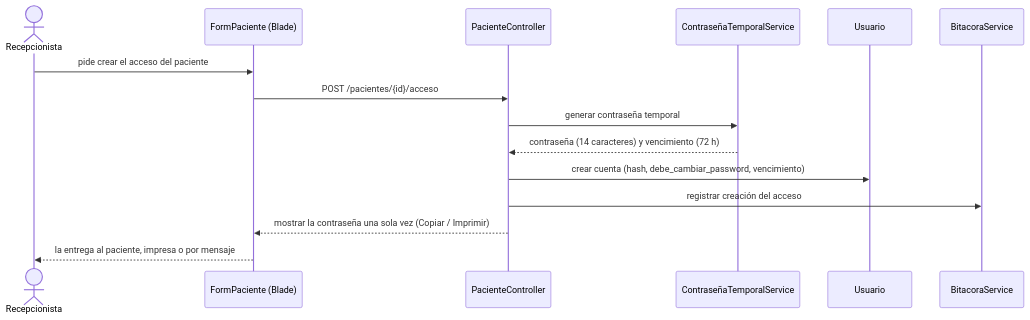
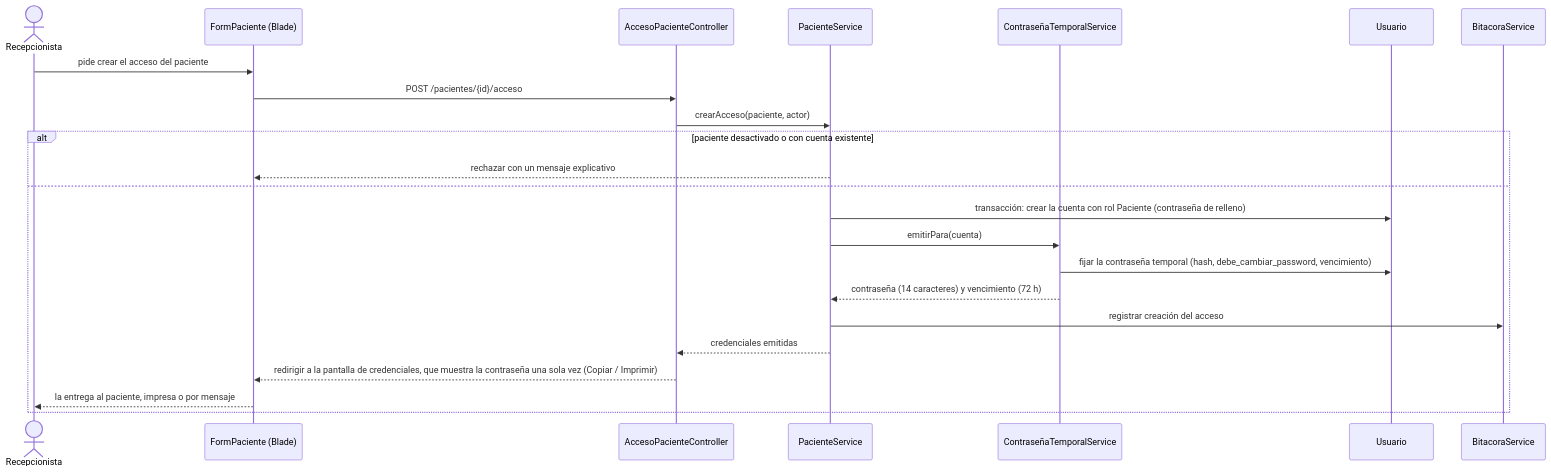
Before and after one commit to Einarpd26/2do-examen-ing-requisitos: diagram 13 of 15 in documento/Informe-Final.md, drawn with Mermaid. The commit also changed other lines of this file, not shown here.

````diff
--- a/documento/Informe-Final.md
+++ b/documento/Informe-Final.md
@@ -994,18 +1103,26 @@
 ```mermaid
 sequenceDiagram
     actor R as Recepcionista
     participant F as FormPaciente (Blade)
-    participant C as PacienteController
+    participant C as AccesoPacienteController
+    participant S as PacienteService
     participant T as ContraseñaTemporalService
     participant U as Usuario
     participant B as BitacoraService
 
     R->>F: pide crear el acceso del paciente
     F->>C: POST /pacientes/{id}/acceso
-    C->>T: generar contraseña temporal
-    T-->>C: contraseña (14 caracteres) y vencimiento (72 h)
-    C->>U: crear cuenta (hash, debe_cambiar_password, vencimiento)
-    C->>B: registrar creación del acceso
-    C-->>F: mostrar la contraseña una sola vez (Copiar / Imprimir)
-    F-->>R: la entrega al paciente, impresa o por mensaje
+    C->>S: crearAcceso(paciente, actor)
+    alt paciente desactivado o con cuenta existente
+        S-->>F: rechazar con un mensaje explicativo
+    else
+        S->>U: transacción: crear la cuenta con rol Paciente (contraseña de relleno)
+        S->>T: emitirPara(cuenta)
+        T->>U: fijar la contraseña temporal (hash, debe_cambiar_password, vencimiento)
+        T-->>S: contraseña (14 caracteres) y vencimiento (72 h)
+        S->>B: registrar creación del acceso
+        S-->>C: credenciales emitidas
+        C-->>F: redirigir a la pantalla de credenciales, que muestra la contraseña una sola vez (Copiar / Imprimir)
+        F-->>R: la entrega al paciente, impresa o por mensaje
+    end
 ```
````
